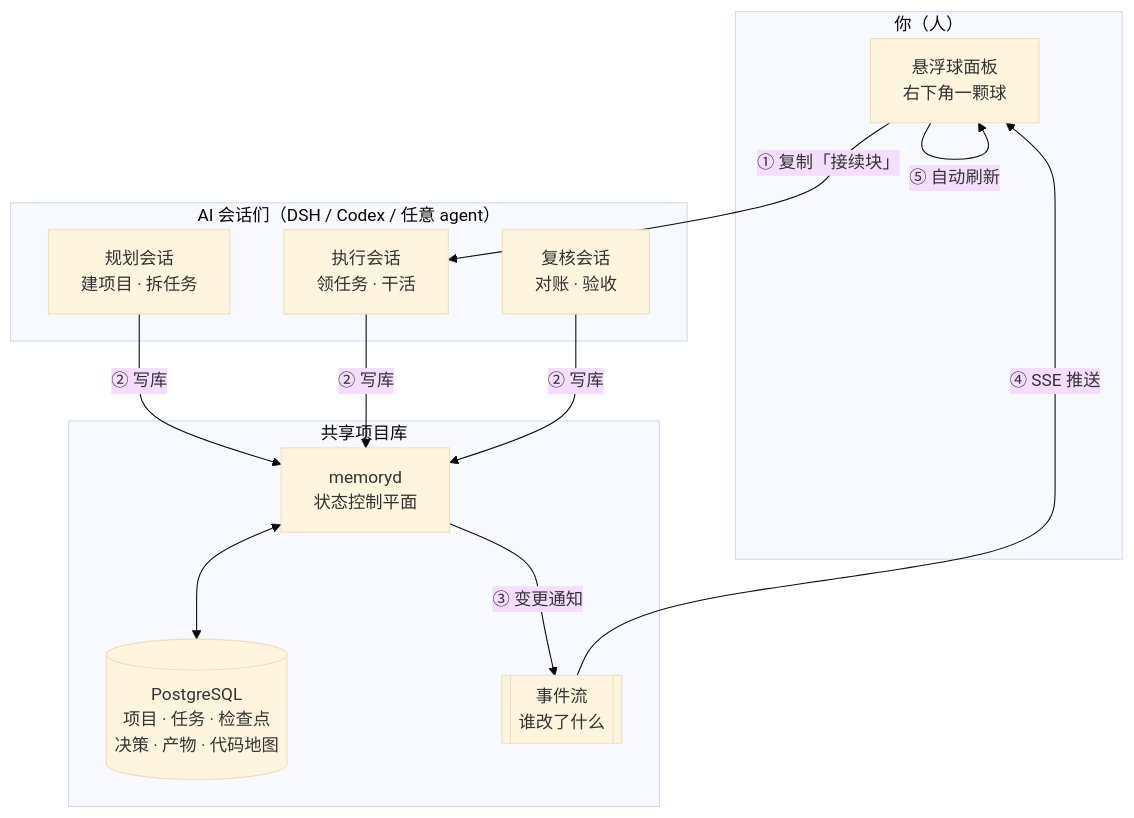
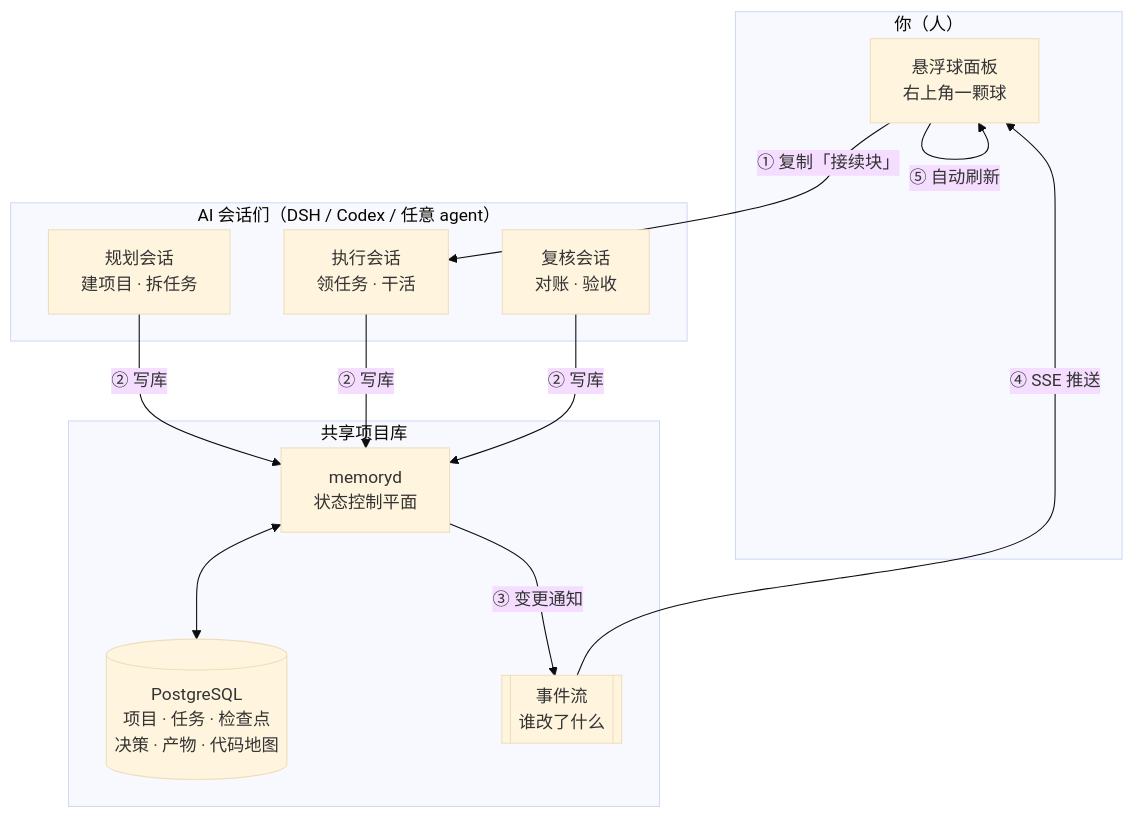
One commit to Paeonia-wh/shared-lib-panel changed the first of 2 diagrams in README.md. Above: the diagram before and after it, drawn with Mermaid (base theme). The commit also changed other lines of this file and 6 other files, not shown here.

First line of the commit message:
﻿docs: 三张截图重做（真渲染，不是效果图）+ README 跟上今天的改动

````diff
--- a/README.md
+++ b/README.md
@@ -29,27 +33,27 @@
 ```mermaid
 flowchart TB
     subgraph 人["你（人）"]
-        P[悬浮球面板<br/>右下角一颗球]
+        P[悬浮球面板<br/>右上角一颗球]
     end
 
     subgraph AI["AI 会话们（DSH / Codex / 任意 agent）"]
         A1[规划会话<br/>建项目 · 拆任务]
         A2[执行会话<br/>领任务 · 干活]
         A3[复核会话<br/>对账 · 验收]
     end
 
     subgraph 库["共享项目库"]
         PG[(PostgreSQL<br/>项目 · 任务 · 检查点<br/>决策 · 产物 · 代码地图)]
         D[memoryd<br/>状态控制平面]
         E[[事件流<br/>谁改了什么]]
     end
 
     P -- ① 复制「接续块」--> A2
     A1 -- ② 写库 --> D
     A2 -- ② 写库 --> D
     A3 -- ② 写库 --> D
     D <--> PG
     D -- ③ 变更通知 --> E
     E -- ④ SSE 推送 --> P
     P -- ⑤ 自动刷新 --> P
 ```
````
